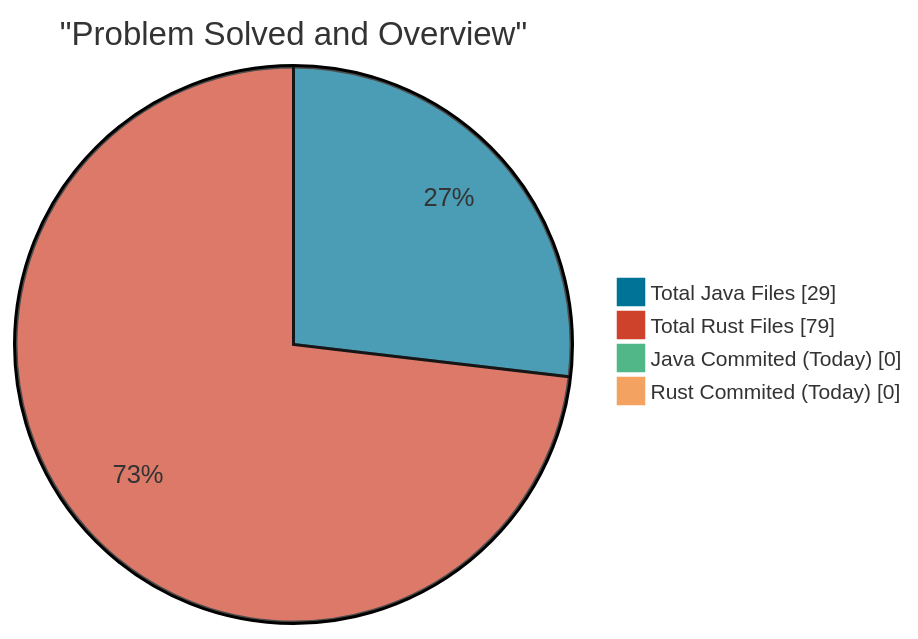
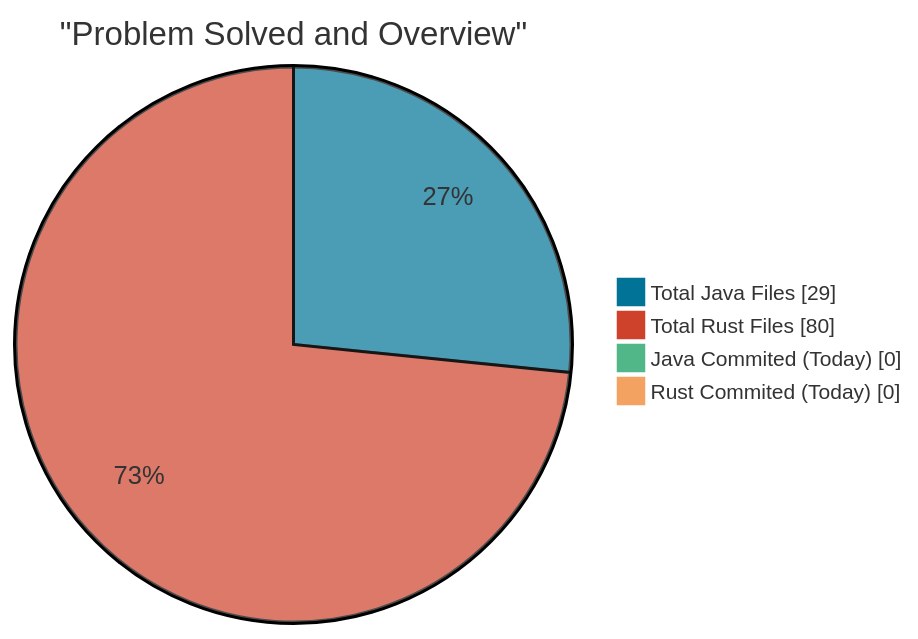
The diagram in README.md (pacificDeveloperPrakhar/Data_structure_implementation_using_java_and_rust), drawn with Mermaid before and after one commit. The commit also changed other lines of this file, not shown here.

````diff
--- a/README.md
+++ b/README.md
@@ -11,18 +11,18 @@
 ```mermaid
 
 %%{init: {'theme': 'base', 'themeVariables': {
 'pie1': '#007396',
 'pie2': '#CE412B',
 'pie3': '#52B788',
 'pie4': '#F4A261',
 'pieTitleTextSize': '22px',
 'pieLegendTextSize': '14px'
 }}}%%
 pie showData
     title "Problem Solved and Overview"
     "Total Java Files" : 29
-    "Total Rust Files" : 79
+    "Total Rust Files" : 80
     "Java Commited (Today)" : 0
     "Rust Commited (Today)" : 0
 
 ```
````
